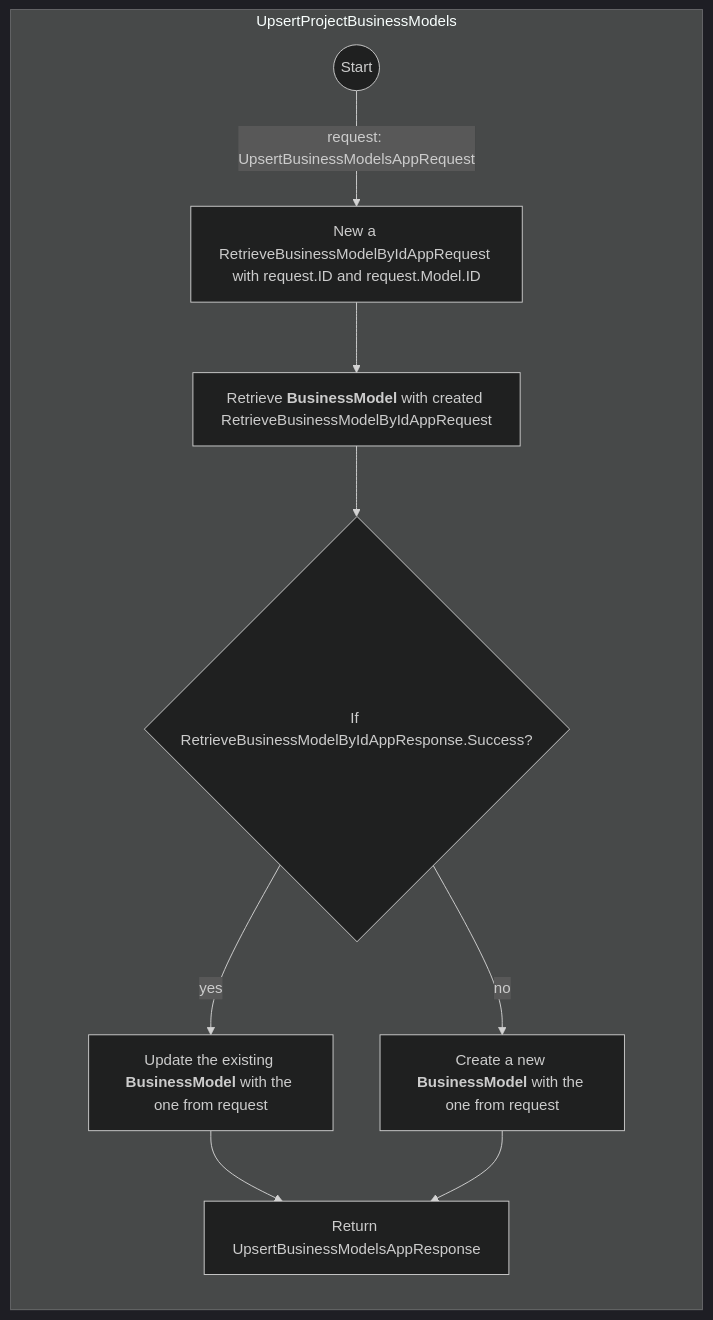
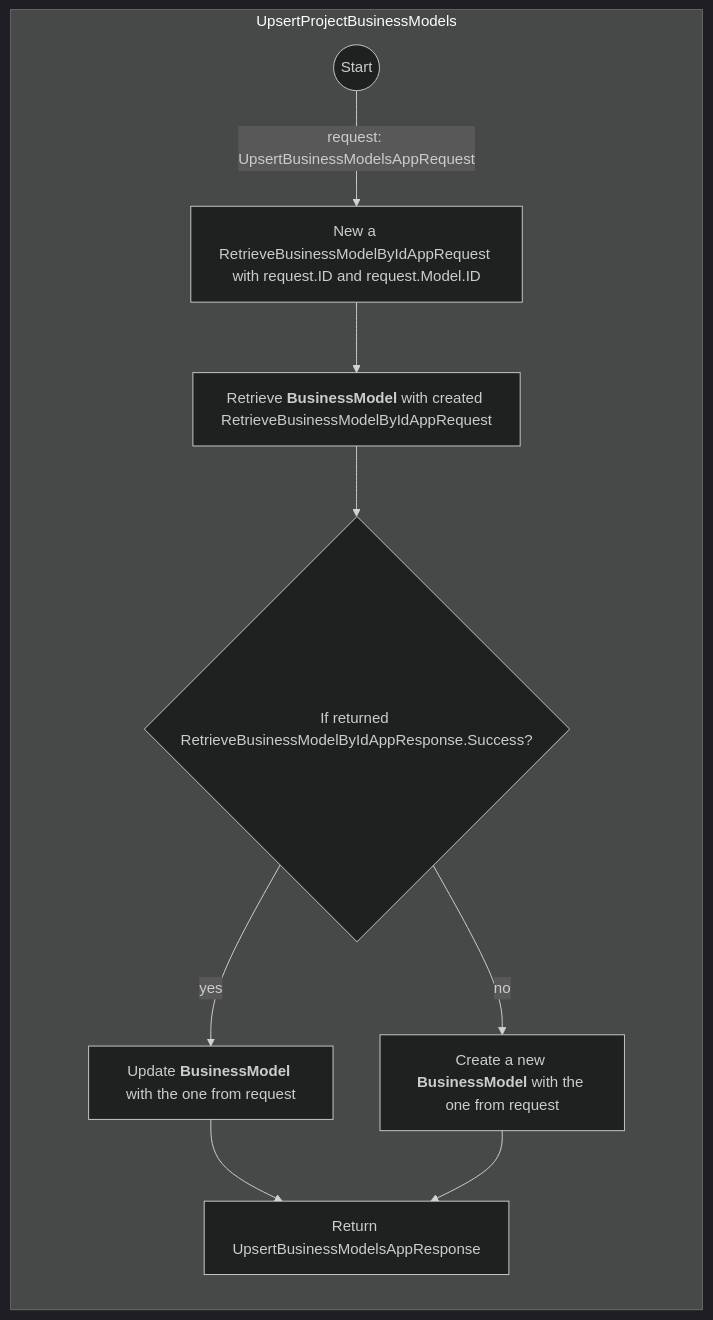
Before and after one commit to sdlfly2000/DomainBasedDesigner: the second of 4 diagrams in UML/Application/BusinessModelAppService.md, drawn with Mermaid (dark theme). The commit also changed 1 other file, not shown here.

````diff
--- a/UML/Application/BusinessModelAppService.md
+++ b/UML/Application/BusinessModelAppService.md
@@ -13,24 +13,24 @@
 ```mermaid method:"UpsertProjectBusinessModels"
 graph TB
     subgraph UpsertProjectBusinessModels
         direction TB
         start(("Start")) -->
 
         |request: UpsertBusinessModelsAppRequest| newRetrieveBusinessModelByIdAppRequest["`New a RetrieveBusinessModelByIdAppRequest with request.ID and request.Model.ID`"] -->
         
-        %% Invoke method RetrieveBusinessModelById in this service%%
+        %% Invoke method RetrieveBusinessModelById in this service %%
         RetrieveBusinessModelById["`Retrieve **BusinessModel** with created RetrieveBusinessModelByIdAppRequest`"] -->
 
-        Success{"`If RetrieveBusinessModelByIdAppResponse.Success?`"} -->
+        Success{"`If returned RetrieveBusinessModelByIdAppResponse.Success?`"} -->
 
-        %% Invoke method UpdateBusinessModel in Persistor%%
-        |yes| UpdateBusinessModel["`Update the existing **BusinessModel** with the one from request`"] --> 
+        %% Invoke method UpdateBusinessModel in Persistor to update UpsertBusinessModelsAppRequest.Model, not Model from response %%
+        |yes| UpdateBusinessModel["`Update **BusinessModel** with the one from request`"] --> 
         
         return["`Return UpsertBusinessModelsAppResponse`"]
 
-        %% Invoke method CreateBusinessModel in Persistor%%
+        %% Invoke method CreateBusinessModel in Persistor %%
         Success --> |no| CreateBusinessModel["`Create a new **BusinessModel** with the one from request`"] -->
 
         return
     end
 ```
````
